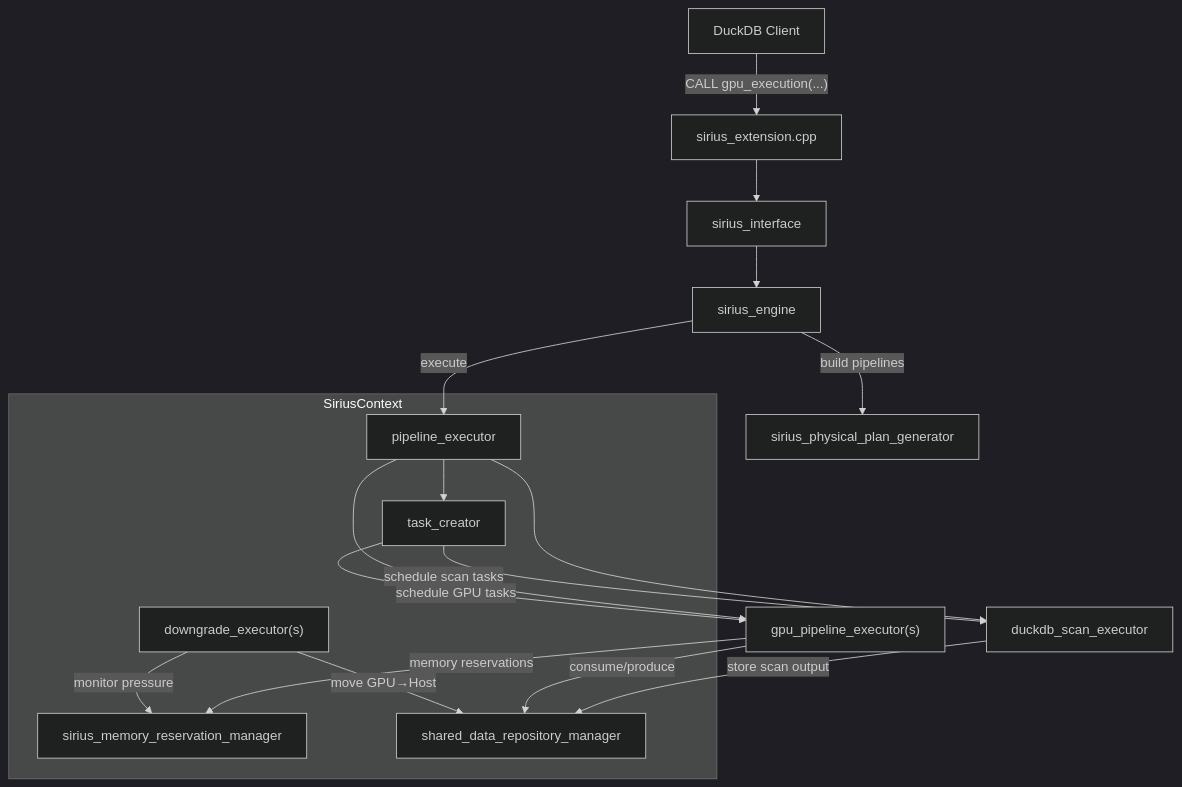
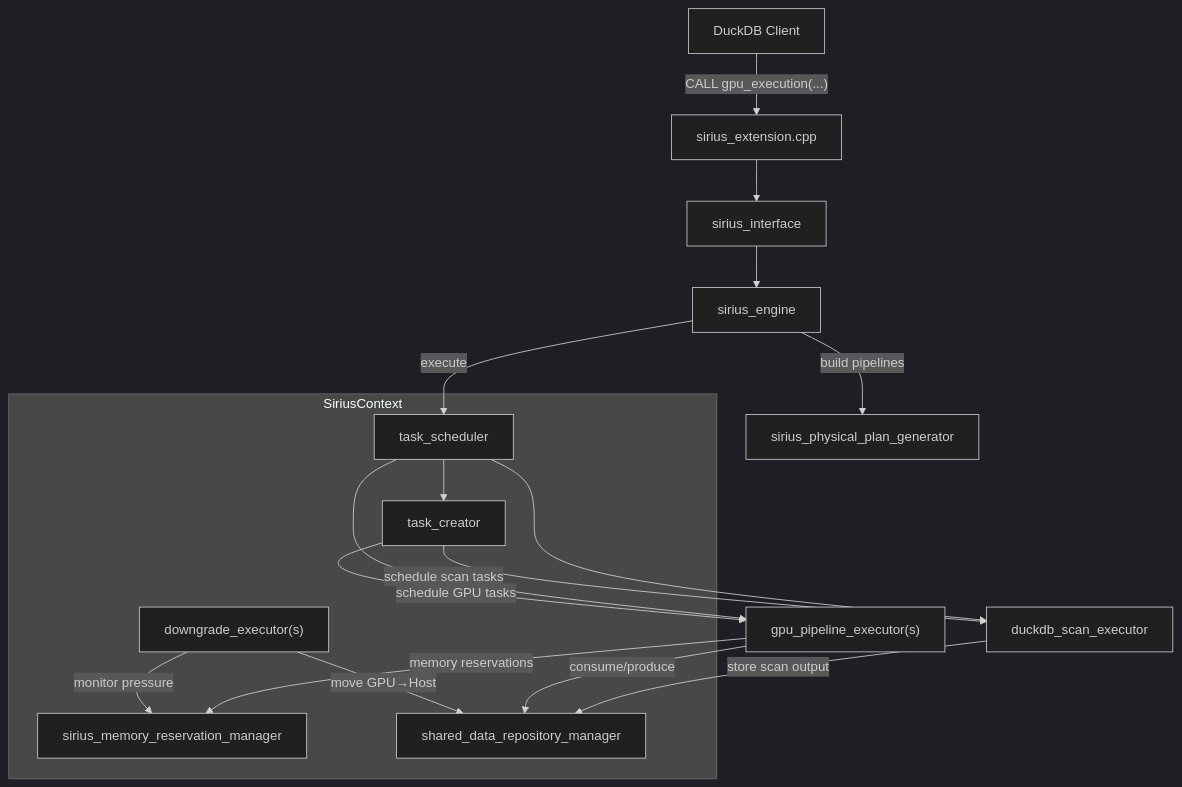
One commit to sirius-db/sirius changed the diagram in docs/super-sirius/architecture-overview.md. Above: the diagram before and after it, drawn with Mermaid (dark theme). The commit also changed other lines of this file and 24 other files, not shown here.

First line of the commit message:
refactor: rename pipeline_executor to task_scheduler (#687)

````diff
--- a/docs/super-sirius/architecture-overview.md
+++ b/docs/super-sirius/architecture-overview.md
@@ -7,30 +7,30 @@
 ```mermaid
 graph TD
     DuckDB["DuckDB Client"] -->|"CALL gpu_execution(...)"| EXT["sirius_extension.cpp"]
     EXT --> IFACE["sirius_interface"]
     IFACE --> ENGINE["sirius_engine"]
     ENGINE -->|"build pipelines"| PLANNER["sirius_physical_plan_generator"]
-    ENGINE -->|"execute"| PE["pipeline_executor"]
+    ENGINE -->|"execute"| PE["task_scheduler"]
 
     PE --> GPE["gpu_pipeline_executor(s)"]
     PE --> SE["duckdb_scan_executor"]
     PE --> TC["task_creator"]
 
     TC -->|"schedule scan tasks"| SE
     TC -->|"schedule GPU tasks"| GPE
 
     GPE -->|"memory reservations"| MRM["sirius_memory_reservation_manager"]
     SE -->|"store scan output"| DRM["shared_data_repository_manager"]
     GPE -->|"consume/produce"| DRM
 
     DE["downgrade_executor(s)"] -->|"monitor pressure"| MRM
     DE -->|"move GPU→Host"| DRM
 
     subgraph SiriusContext
         MRM
         DRM
         PE
         TC
         DE
     end
 ```
````
